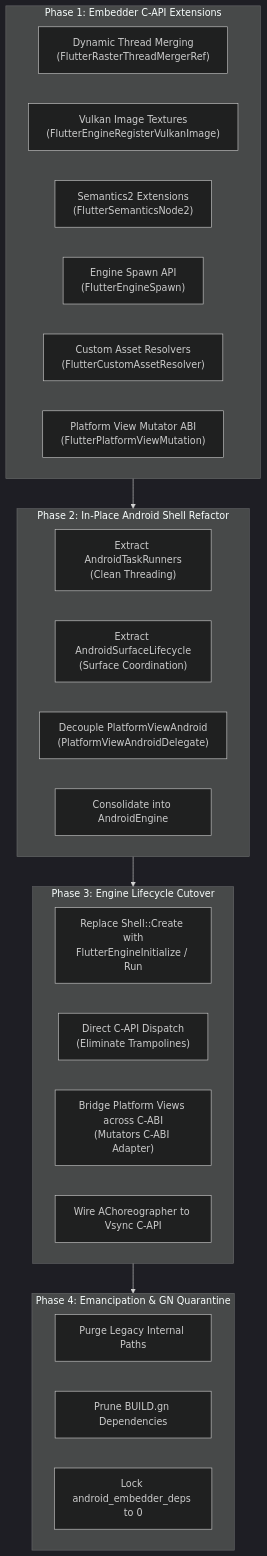
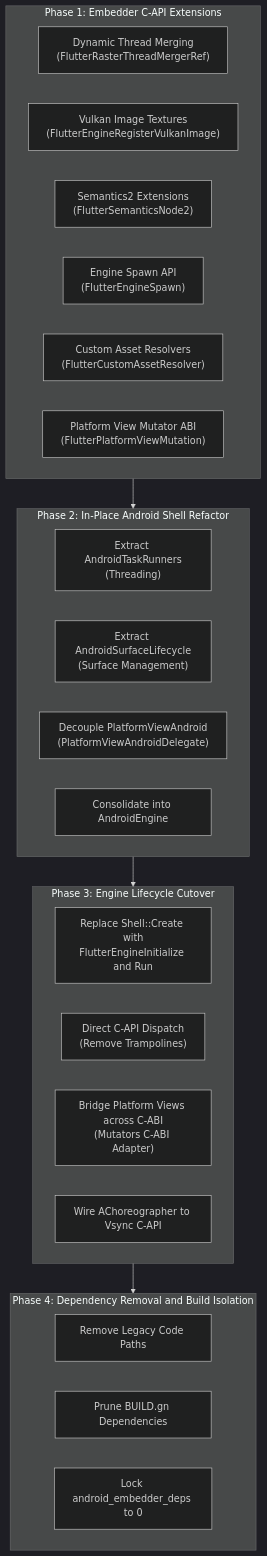
The second of 3 diagrams in rfc/410.0000-flutter-android-embedder-c-api-migration.md (mboetger/rfc), drawn with Mermaid (dark theme) before and after one commit. The commit also changed other lines of this file, not shown here.

````diff
--- a/rfc/410.0000-flutter-android-embedder-c-api-migration.md
+++ b/rfc/410.0000-flutter-android-embedder-c-api-migration.md
@@ -219,35 +200,35 @@
 ```mermaid
 flowchart TD
     subgraph Phase1["Phase 1: Embedder C-API Extensions"]
         A1["Dynamic Thread Merging\n(FlutterRasterThreadMergerRef)"]
         A2["Vulkan Image Textures\n(FlutterEngineRegisterVulkanImage)"]
         A3["Semantics2 Extensions\n(FlutterSemanticsNode2)"]
         A4["Engine Spawn API\n(FlutterEngineSpawn)"]
         A5["Custom Asset Resolvers\n(FlutterCustomAssetResolver)"]
         A6["Platform View Mutator ABI\n(FlutterPlatformViewMutation)"]
     end
 
     subgraph Phase2["Phase 2: In-Place Android Shell Refactor"]
-        B1["Extract AndroidTaskRunners\n(Clean Threading)"]
-        B2["Extract AndroidSurfaceLifecycle\n(Surface Coordination)"]
+        B1["Extract AndroidTaskRunners\n(Threading)"]
+        B2["Extract AndroidSurfaceLifecycle\n(Surface Management)"]
         B3["Decouple PlatformViewAndroid\n(PlatformViewAndroidDelegate)"]
         B4["Consolidate into AndroidEngine"]
     end
 
     subgraph Phase3["Phase 3: Engine Lifecycle Cutover"]
-        C1["Replace Shell::Create with\nFlutterEngineInitialize / Run"]
-        C2["Direct C-API Dispatch\n(Eliminate Trampolines)"]
+        C1["Replace Shell::Create with\nFlutterEngineInitialize and Run"]
+        C2["Direct C-API Dispatch\n(Remove Trampolines)"]
         C3["Bridge Platform Views across C-ABI\n(Mutators C-ABI Adapter)"]
         C4["Wire AChoreographer to Vsync C-API"]
     end
 
-    subgraph Phase4["Phase 4: Emancipation & GN Quarantine"]
-        D1["Purge Legacy Internal Paths"]
+    subgraph Phase4["Phase 4: Dependency Removal and Build Isolation"]
+        D1["Remove Legacy Code Paths"]
         D2["Prune BUILD.gn Dependencies"]
         D3["Lock android_embedder_deps to 0"]
     end
 
     Phase1 --> Phase2
     Phase2 --> Phase3
     Phase3 --> Phase4
 ```
````
